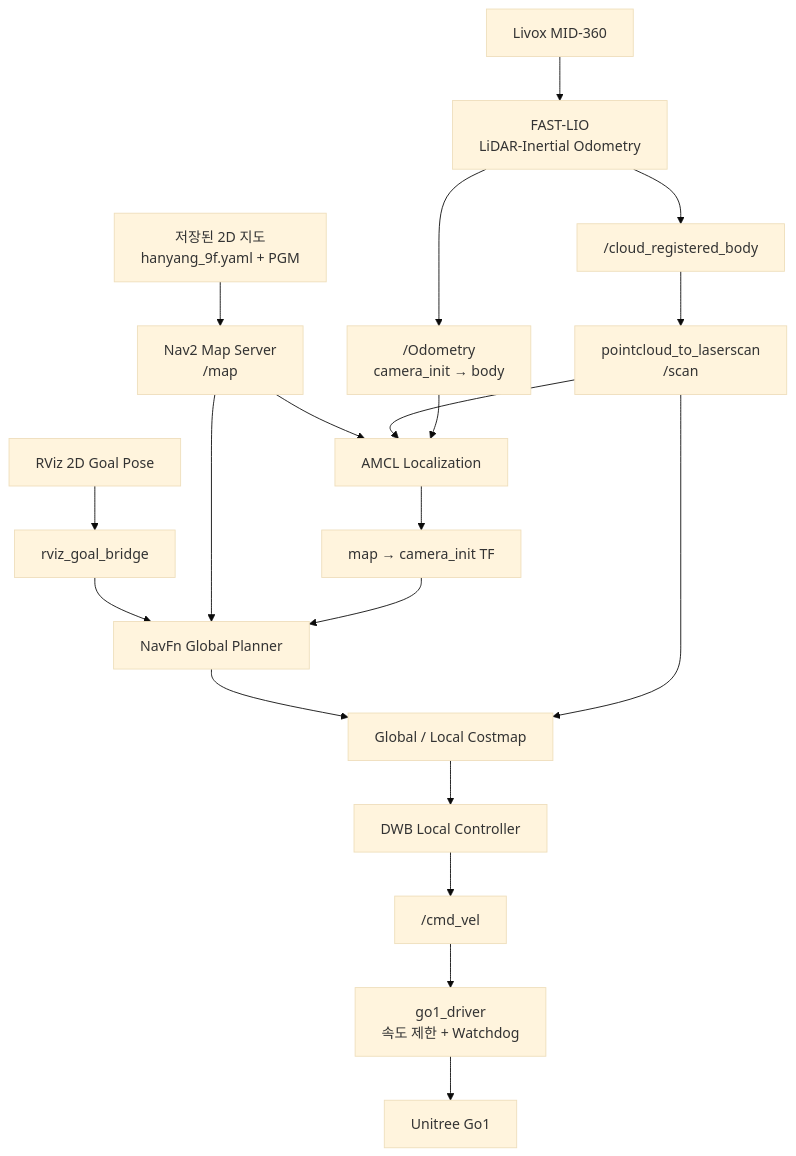
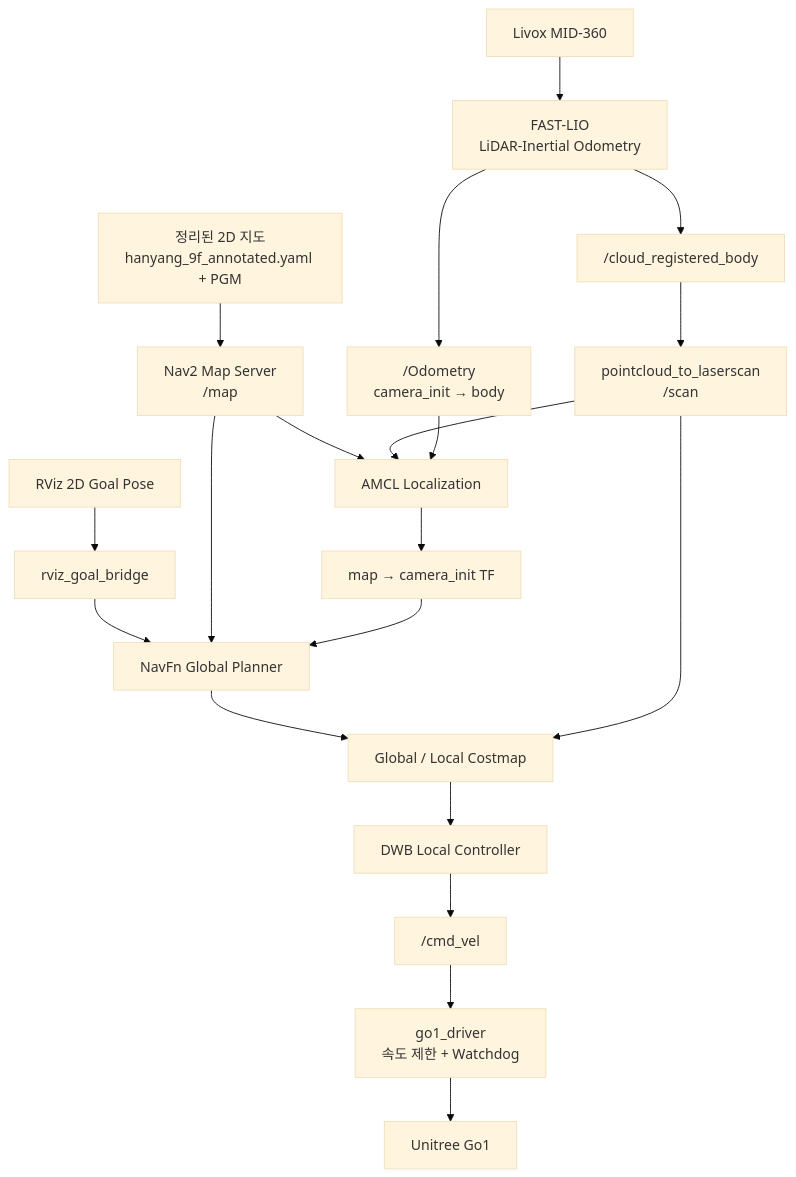
One commit to Dannythechampion/GO1_to_ROS2_YEEPY changed the diagram in README.md. Above: the diagram before and after it, drawn with Mermaid (base theme). The commit also changed other lines of this file and 8 other files, not shown here.

Commit message:
Use curated Hanyang map for Nav2

````diff
--- a/README.md
+++ b/README.md
@@ -50,46 +57,46 @@
 ```mermaid
 flowchart TD
-    MAP["저장된 2D 지도<br/>hanyang_9f.yaml + PGM"]
+    MAP["정리된 2D 지도<br/>hanyang_9f_annotated.yaml + PGM"]
 
     LIVOX["Livox MID-360"]
     FAST["FAST-LIO<br/>LiDAR-Inertial Odometry"]
 
     ODOM["/Odometry<br/>camera_init → body"]
     CLOUD["/cloud_registered_body"]
     SCAN["pointcloud_to_laserscan<br/>/scan"]
 
     SERVER["Nav2 Map Server<br/>/map"]
     AMCL["AMCL Localization"]
     TF["map → camera_init TF"]
 
     GOAL["RViz 2D Goal Pose"]
     BRIDGE["rviz_goal_bridge"]
     PLANNER["NavFn Global Planner"]
     COSTMAP["Global / Local Costmap"]
     CONTROLLER["DWB Local Controller"]
     CMD["/cmd_vel"]
     DRIVER["go1_driver<br/>속도 제한 + Watchdog"]
     GO1["Unitree Go1"]
 
     LIVOX --> FAST
     FAST --> ODOM
     FAST --> CLOUD
     CLOUD --> SCAN
 
     MAP --> SERVER
     SERVER --> AMCL
     SCAN --> AMCL
     ODOM --> AMCL
     AMCL --> TF
 
     GOAL --> BRIDGE
     BRIDGE --> PLANNER
     SERVER --> PLANNER
     TF --> PLANNER
     PLANNER --> COSTMAP
     SCAN --> COSTMAP
     COSTMAP --> CONTROLLER
     CONTROLLER --> CMD
     CMD --> DRIVER
     DRIVER --> GO1
 ```
````
